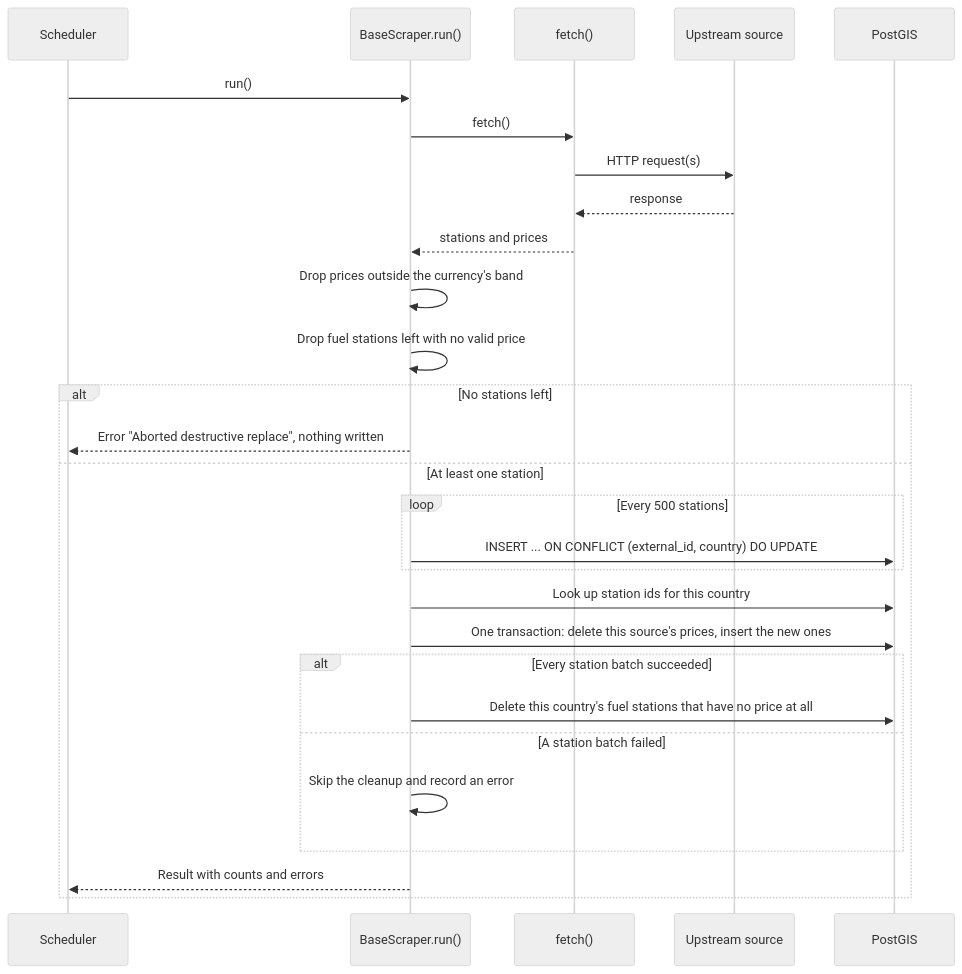
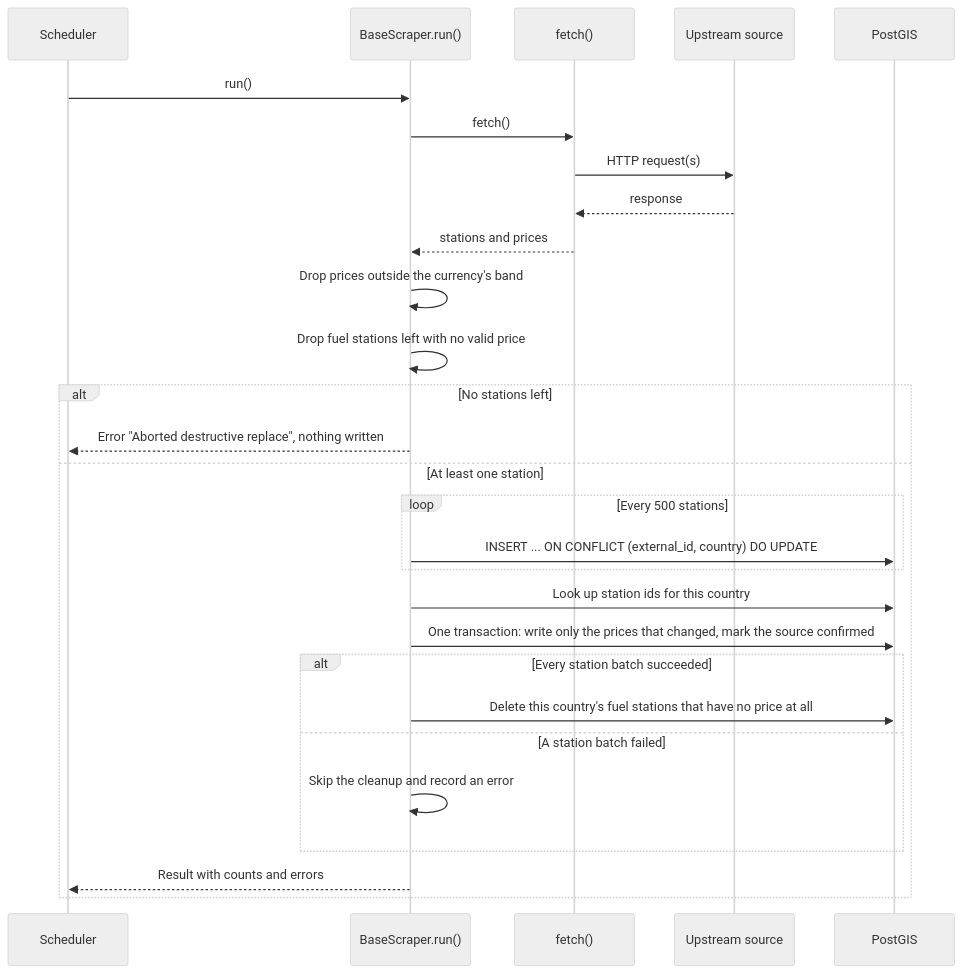
Before and after one commit to GeiserX/Pumperly: the diagram in docs/data/how-scrapers-work.md, drawn with Mermaid (neutral theme). The commit also changed other lines of this file and 40 other files, not shown here.

````diff
--- a/docs/data/how-scrapers-work.md
+++ b/docs/data/how-scrapers-work.md
@@ -34,31 +34,31 @@
 ```mermaid
 sequenceDiagram
     participant S as Scheduler
     participant R as BaseScraper.run()
     participant F as fetch()
     participant U as Upstream source
     participant DB as PostGIS
 
     S->>R: run()
     R->>F: fetch()
     F->>U: HTTP request(s)
     U-->>F: response
     F-->>R: stations and prices
     R->>R: Drop prices outside the currency's band
     R->>R: Drop fuel stations left with no valid price
     alt No stations left
         R-->>S: Error "Aborted destructive replace", nothing written
     else At least one station
         loop Every 500 stations
             R->>DB: INSERT ... ON CONFLICT (external_id, country) DO UPDATE
         end
         R->>DB: Look up station ids for this country
-        R->>DB: One transaction: delete this source's prices, insert the new ones
+        R->>DB: One transaction: write only the prices that changed, mark the source confirmed
         alt Every station batch succeeded
             R->>DB: Delete this country's fuel stations that have no price at all
         else A station batch failed
             R->>R: Skip the cleanup and record an error
         end
         R-->>S: Result with counts and errors
     end
 ```
````
